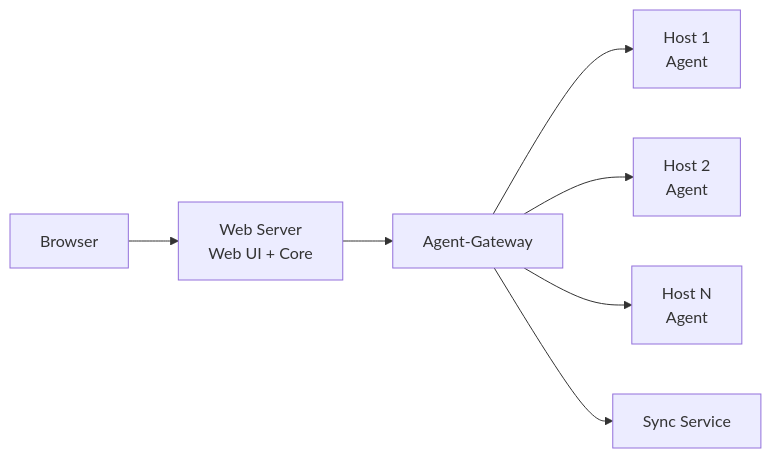
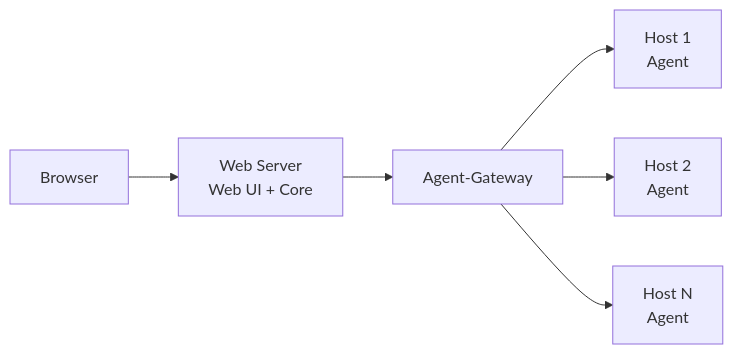
One commit to carverauto/serviceradar changed the fifth of 7 diagrams in docs/docs/architecture.md. Above: the diagram before and after it, drawn with Mermaid. The commit also changed other lines of this file and 21 other files, not shown here.

````diff
--- a/docs/docs/architecture.md
+++ b/docs/docs/architecture.md
@@ -350,9 +350,8 @@
 ```mermaid
 graph LR
     Browser[Browser] --> WebServer[Web Server<br/>Web UI + Core]
     WebServer --> GatewayServer[Agent-Gateway]
     GatewayServer --> AgentServer1[Host 1<br/>Agent]
     GatewayServer --> AgentServer2[Host 2<br/>Agent]
     GatewayServer --> AgentServerN[Host N<br/>Agent]
-    GatewayServer --> SyncService[Sync Service]
 ```
````
